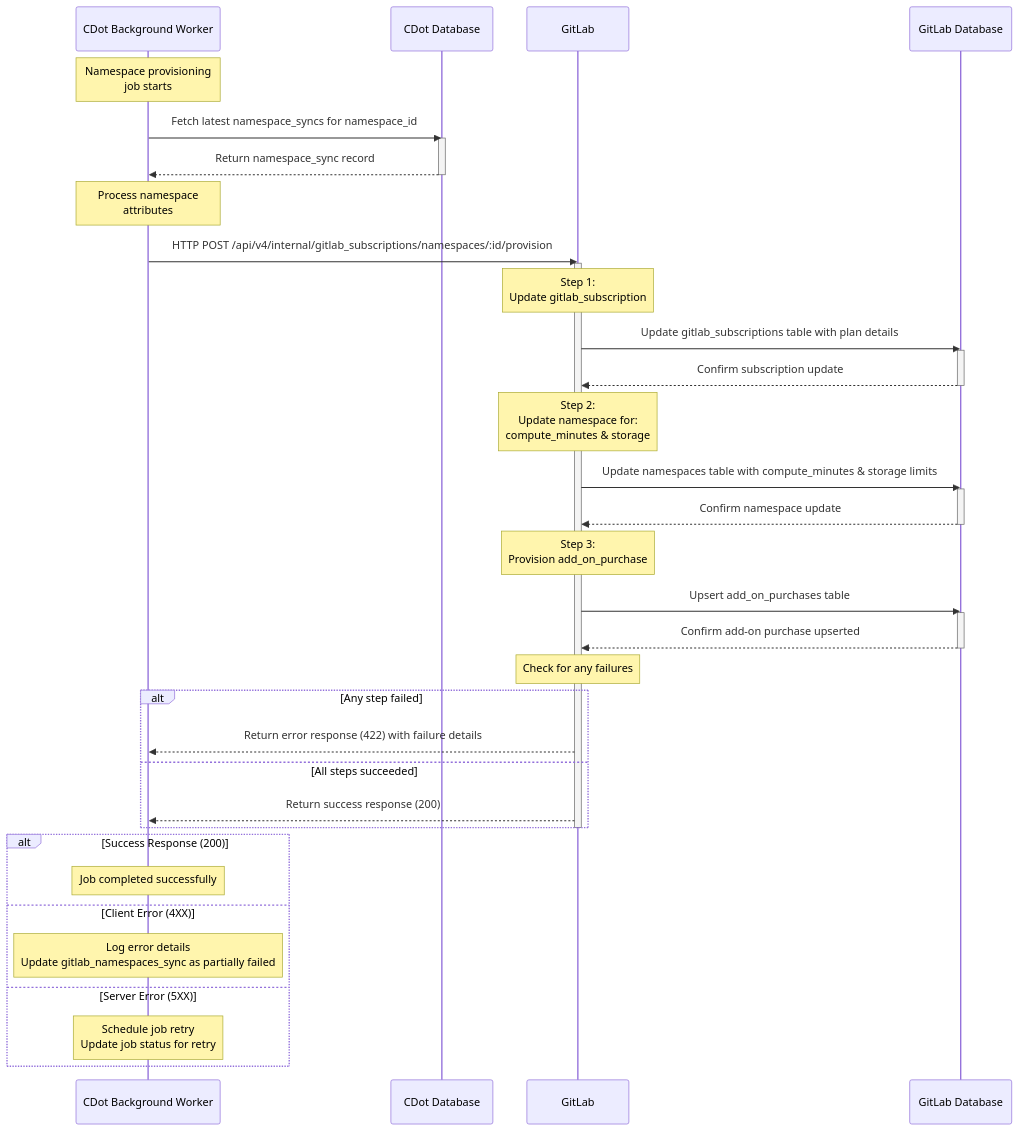
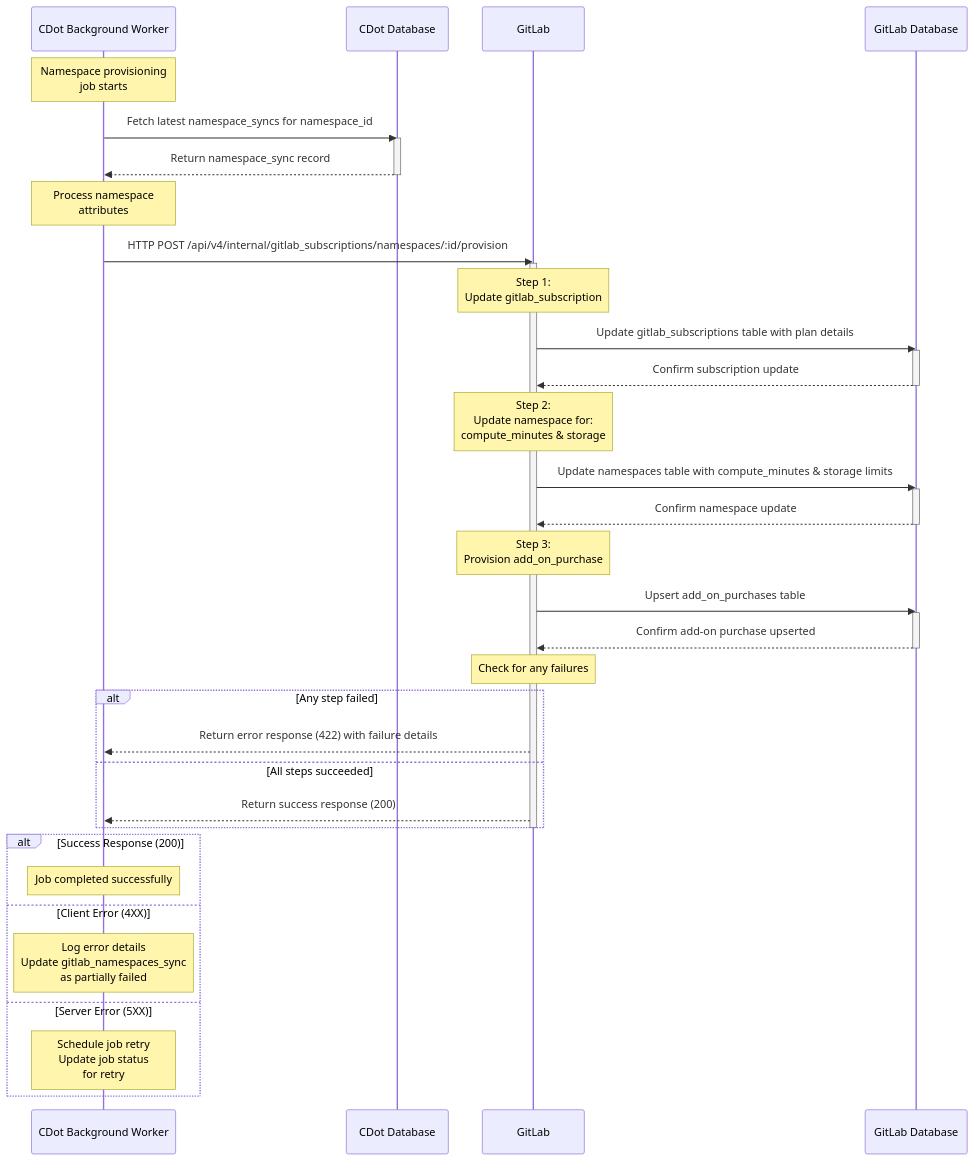
The fourth of 4 diagrams in content/handbook/engineering/architecture/design-documents/cdot_namespace_provision_sync/_index.md (zalyoung/gitlab-handbook), drawn with Mermaid before and after one commit. The commit also changed other lines of this file, not shown here.

````diff
--- a/content/handbook/engineering/architecture/design-documents/cdot_namespace_provision_sync/_index.md
+++ b/content/handbook/engineering/architecture/design-documents/cdot_namespace_provision_sync/_index.md
@@ -134,53 +134,53 @@
 ```mermaid
 sequenceDiagram
     participant BW as CDot Background Worker
     participant DB as CDot Database
     participant GL as GitLab
     participant GLDB as GitLab Database
 
     Note over BW: Namespace provisioning<br>job starts
 
     BW->>DB: Fetch latest namespace_syncs for namespace_id
     activate DB
     DB-->>BW: Return namespace_sync record
     deactivate DB
 
     Note over BW: Process namespace<br>attributes
 
     BW->>GL: HTTP POST /api/v4/internal/gitlab_subscriptions/namespaces/:id/provision
     activate GL
 
     Note over GL: Step 1:<br>Update gitlab_subscription
     GL->>GLDB: Update gitlab_subscriptions table with plan details
     activate GLDB
     GLDB-->>GL: Confirm subscription update
     deactivate GLDB
 
     Note over GL: Step 2:<br>Update namespace for:<br>compute_minutes & storage
     GL->>GLDB: Update namespaces table with compute_minutes & storage limits
     activate GLDB
     GLDB-->>GL: Confirm namespace update
     deactivate GLDB
 
     Note over GL: Step 3:<br>Provision add_on_purchase
     GL->>GLDB: Upsert add_on_purchases table
     activate GLDB
     GLDB-->>GL: Confirm add-on purchase upserted
     deactivate GLDB
 
     Note over GL: Check for any failures
     alt Any step failed
         GL-->>BW: Return error response (422) with failure details
     else All steps succeeded
         GL-->>BW: Return success response (200)
     end
     deactivate GL
 
     alt Success Response (200)
         Note over BW: Job completed successfully
     else Client Error (4XX)
-        Note over BW: Log error details<br>Update gitlab_namespaces_sync as partially failed
+        Note over BW: Log error details<br>Update gitlab_namespaces_sync<br>as partially failed
     else Server Error (5XX)
-        Note over BW: Schedule job retry<br>Update job status for retry
+        Note over BW: Schedule job retry<br>Update job status<br>for retry
     end
 ```
````
